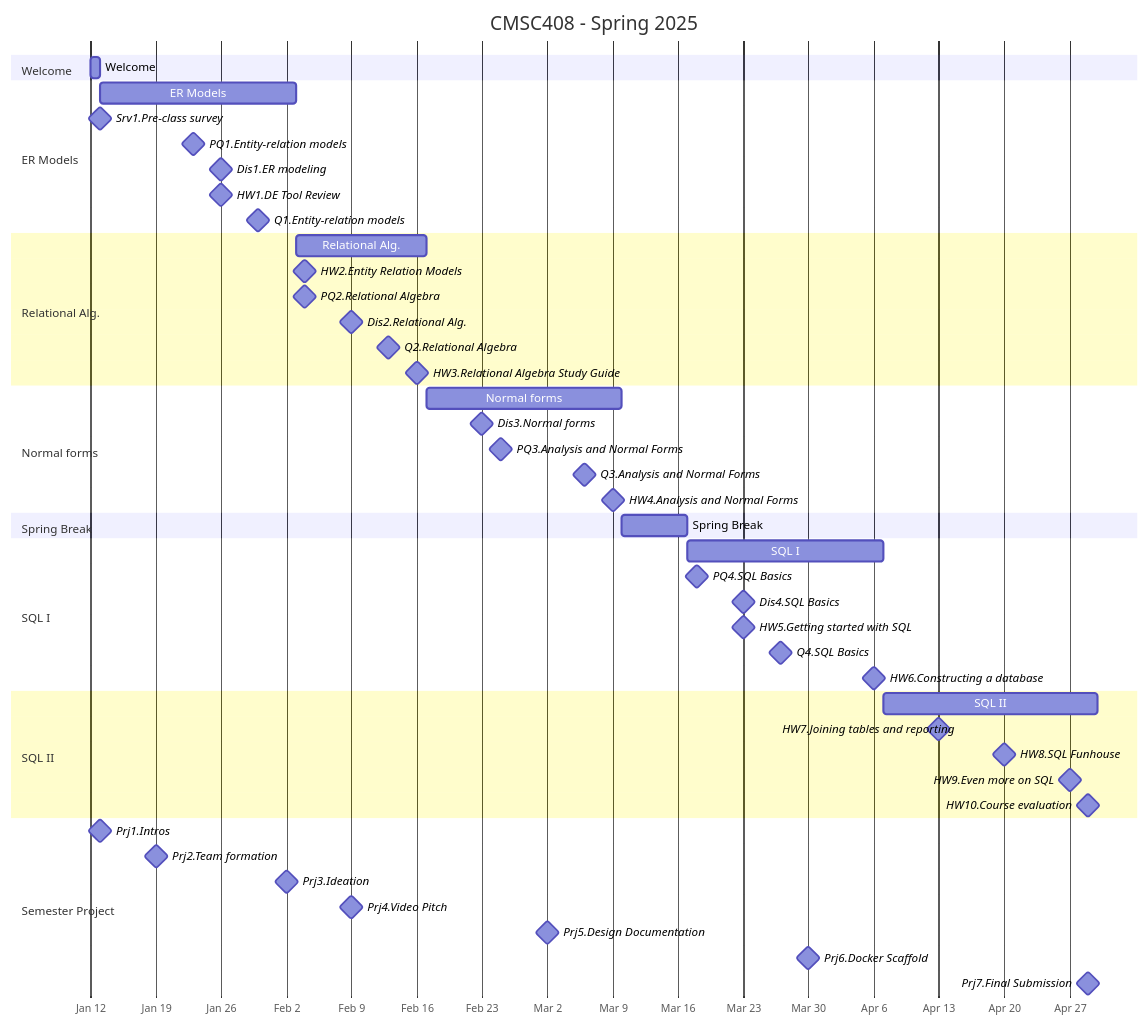
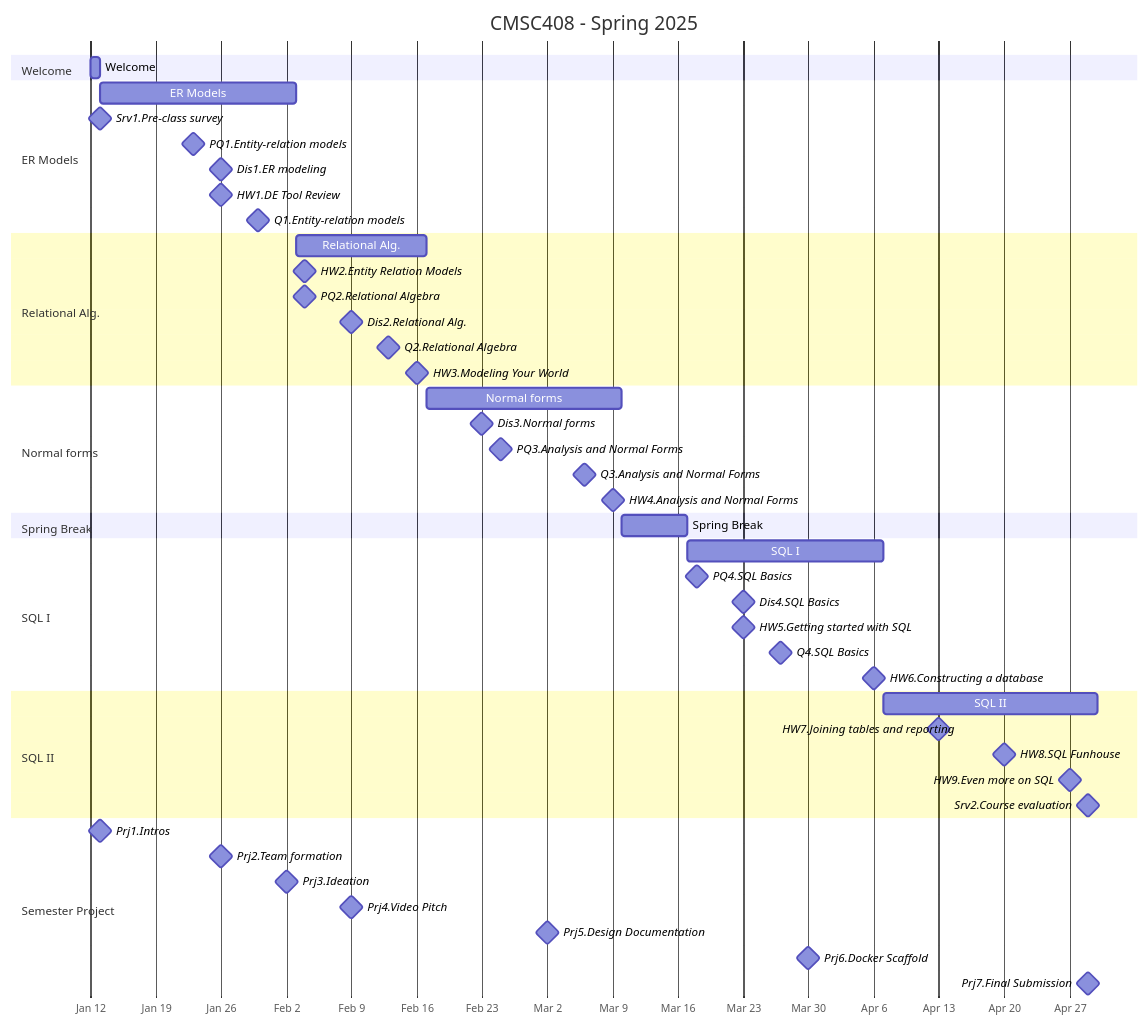
Before and after one commit to lowkeylabs/cmsc408-course-admin: the diagram in sp2025/gantts/detailed-gantt.mmd, drawn with Mermaid. The commit also changed 11 other files, not shown here.

Commit message:
playing with gantts

```diff
--- a/sp2025/gantts/detailed-gantt.mmd
+++ b/sp2025/gantts/detailed-gantt.mmd
@@ -1,58 +1,58 @@
 gantt
     title CMSC408 - Spring 2025
     dateFormat YYYY-MM-DD
     axisFormat %b %e
     todayMarker stroke-width:7px,stroke:#FFB300,opacity:0.5
 
     section Welcome
     Welcome : m0, 2025-01-12, 2025-01-13
 
     section ER Models
     ER Models : m1, 2025-01-13, 2025-02-03
     Srv1.Pre-class survey : milestone, 2025-01-13, 0d
     PQ1.Entity-relation models : milestone, 2025-01-23, 0d
     Dis1.ER modeling : milestone, 2025-01-26, 0d
     HW1.DE Tool Review : milestone, 2025-01-26, 0d
     Q1.Entity-relation models : milestone, 2025-01-30, 0d
 
     section Relational Alg.
     Relational Alg. : m2, 2025-02-03, 2025-02-17
     HW2.Entity Relation Models : milestone, 2025-02-04, 0d
     PQ2.Relational Algebra : milestone, 2025-02-04, 0d
     Dis2.Relational Alg. : milestone, 2025-02-09, 0d
     Q2.Relational Algebra : milestone, 2025-02-13, 0d
-    HW3.Relational Algebra Study Guide : milestone, 2025-02-16, 0d
+    HW3.Modeling Your World : milestone, 2025-02-16, 0d
 
     section Normal forms
     Normal forms : m3, 2025-02-17, 2025-03-10
     Dis3.Normal forms : milestone, 2025-02-23, 0d
     PQ3.Analysis and Normal Forms : milestone, 2025-02-25, 0d
     Q3.Analysis and Normal Forms : milestone, 2025-03-06, 0d
     HW4.Analysis and Normal Forms : milestone, 2025-03-09, 0d
 
     section Spring Break
     Spring Break : m4, 2025-03-10, 2025-03-17
 
     section SQL I
     SQL I : m5, 2025-03-17, 2025-04-07
     PQ4.SQL Basics : milestone, 2025-03-18, 0d
     Dis4.SQL Basics : milestone, 2025-03-23, 0d
     HW5.Getting started with SQL : milestone, 2025-03-23, 0d
     Q4.SQL Basics : milestone, 2025-03-27, 0d
     HW6.Constructing a database : milestone, 2025-04-06, 0d
 
     section SQL II
     SQL II : m6, 2025-04-07, 2025-04-30
     HW7.Joining tables and reporting : milestone, 2025-04-13, 0d
     HW8.SQL Funhouse : milestone, 2025-04-20, 0d
     HW9.Even more on SQL : milestone, 2025-04-27, 0d
-    HW10.Course evaluation : milestone, 2025-04-29, 0d
+    Srv2.Course evaluation : milestone, 2025-04-29, 0d
 
     section Semester Project
     Prj1.Intros : milestone, 2025-01-13, 0d
-    Prj2.Team formation : milestone, 2025-01-19, 0d
+    Prj2.Team formation : milestone, 2025-01-26, 0d
     Prj3.Ideation : milestone, 2025-02-02, 0d
     Prj4.Video Pitch : milestone, 2025-02-09, 0d
     Prj5.Design Documentation : milestone, 2025-03-02, 0d
     Prj6.Docker Scaffold : milestone, 2025-03-30, 0d
     Prj7.Final Submission : milestone, 2025-04-29, 0d
```
